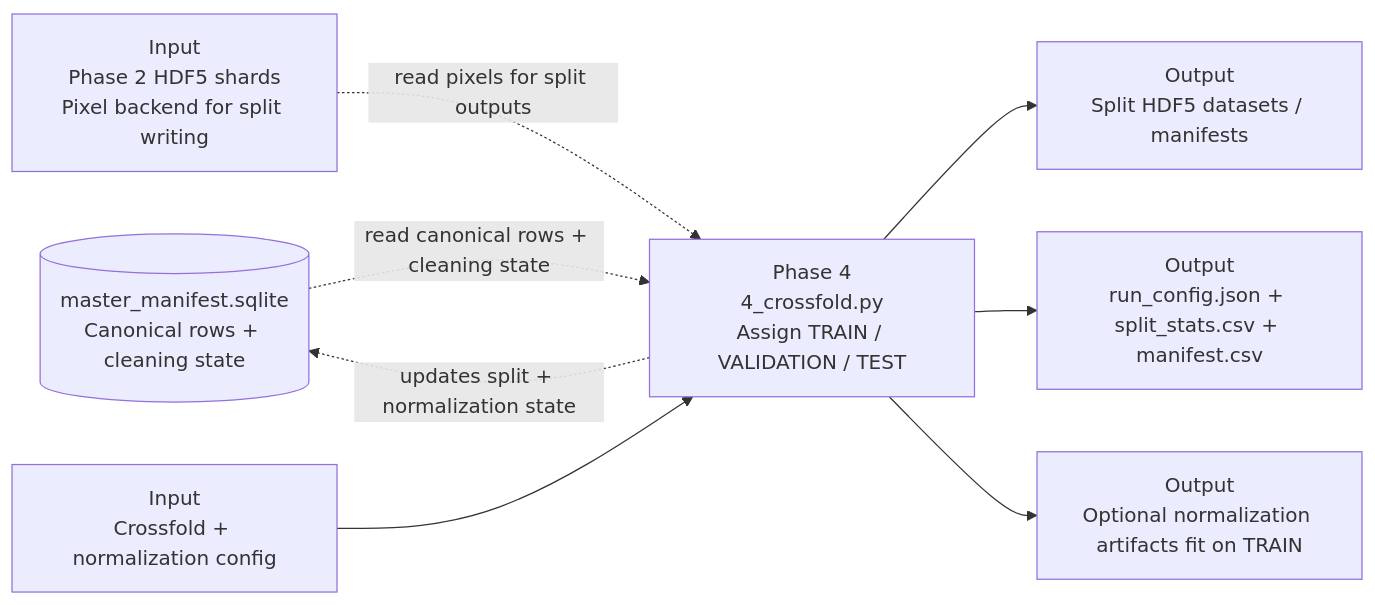
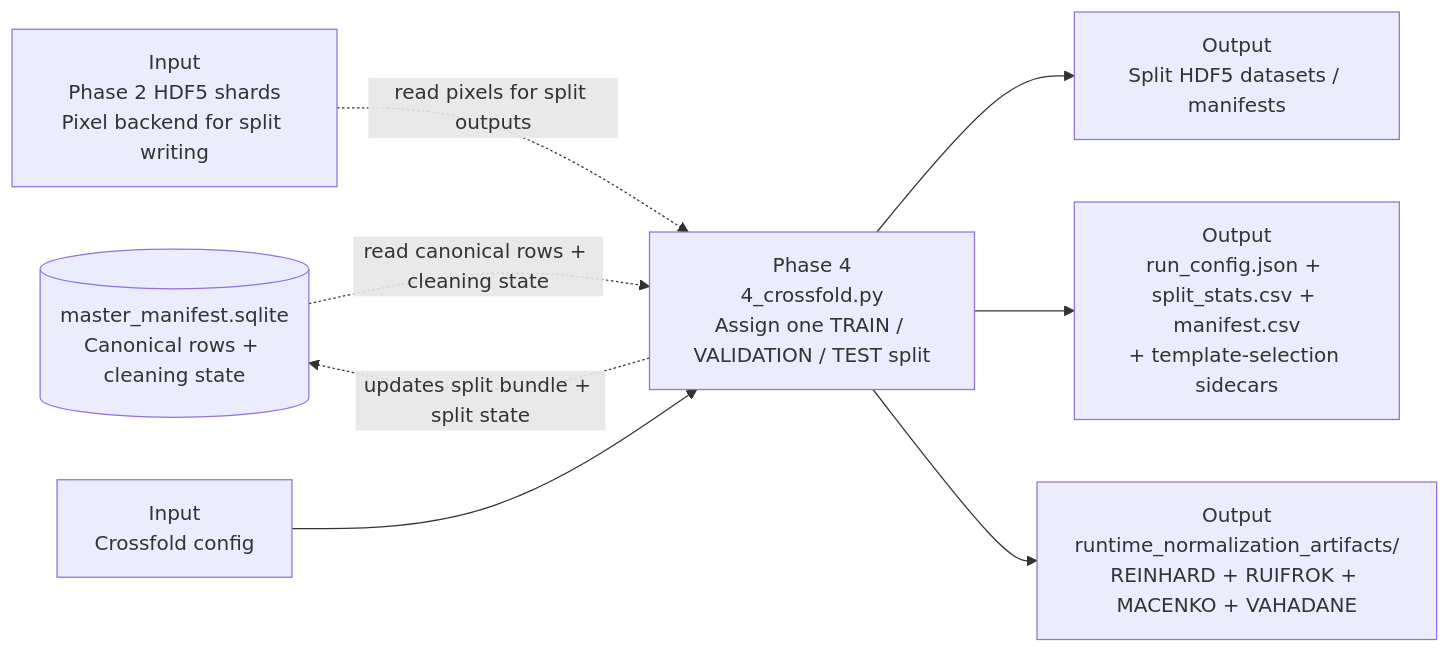
Before and after one commit to bhnunes/Master_Coding: the diagram in MERMAID/phase_4_crossfold_preparation.mermaid, drawn with Mermaid. The commit also changed 56 other files, not shown here.

First line of the commit message:
Add runtime normalization method handling and related tests

```diff
--- a/MERMAID/phase_4_crossfold_preparation.mermaid
+++ b/MERMAID/phase_4_crossfold_preparation.mermaid
@@ -1,16 +1,16 @@
 flowchart LR
     manifest[(master_manifest.sqlite<br/>Canonical rows + cleaning state)]
     shards[Input<br/>Phase 2 HDF5 shards<br/>Pixel backend for split writing]
-    env[Input<br/>Crossfold + normalization config]
-    p4[Phase 4<br/>4_crossfold.py<br/>Assign TRAIN / VALIDATION / TEST]
+    env[Input<br/>Crossfold config]
+    p4[Phase 4<br/>4_crossfold.py<br/>Assign one TRAIN / VALIDATION / TEST split]
     split_hdf5[Output<br/>Split HDF5 datasets / manifests]
-    run_cfg[Output<br/>run_config.json + split_stats.csv + manifest.csv]
-    norm_artifacts[Output<br/>Optional normalization artifacts fit on TRAIN]
+    run_cfg[Output<br/>run_config.json + split_stats.csv + manifest.csv<br/>+ template-selection sidecars]
+    norm_artifacts[Output<br/>runtime_normalization_artifacts/<br/>REINHARD + RUIFROK + MACENKO + VAHADANE]
 
     manifest -. read canonical rows + cleaning state .-> p4
     shards -. read pixels for split outputs .-> p4
     env --> p4
     p4 --> split_hdf5
     p4 --> run_cfg
     p4 --> norm_artifacts
-    p4 -. updates split + normalization state .-> manifest
+    p4 -. updates split bundle + split state .-> manifest
```
